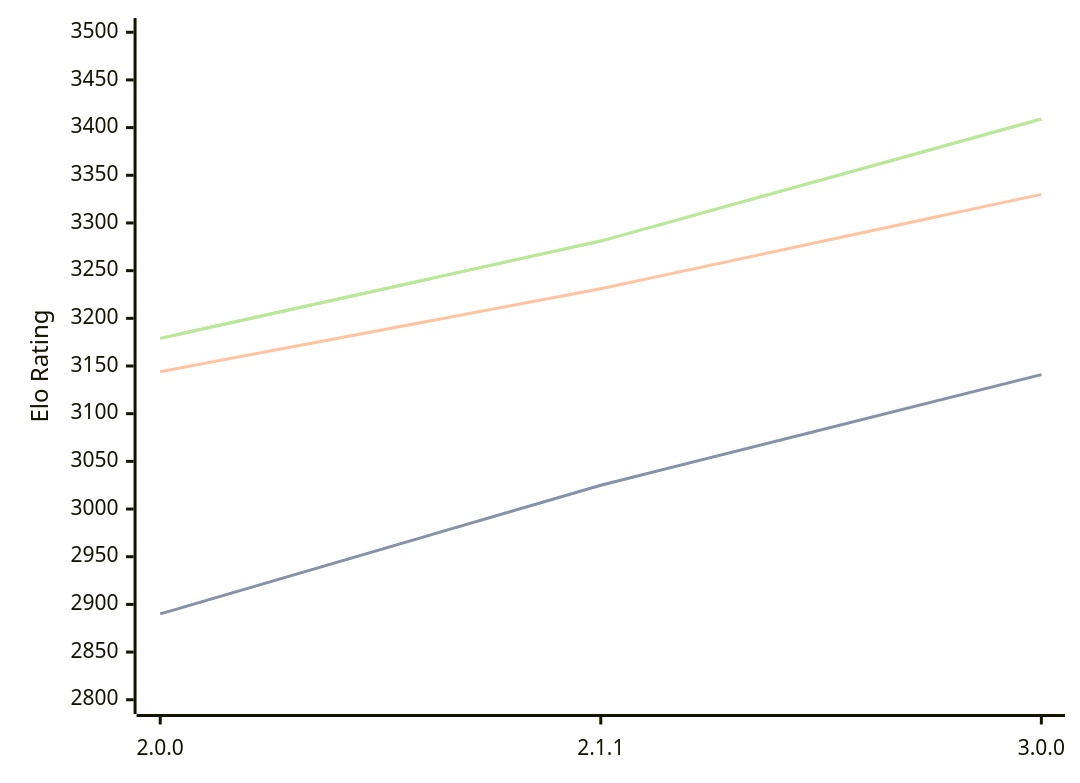
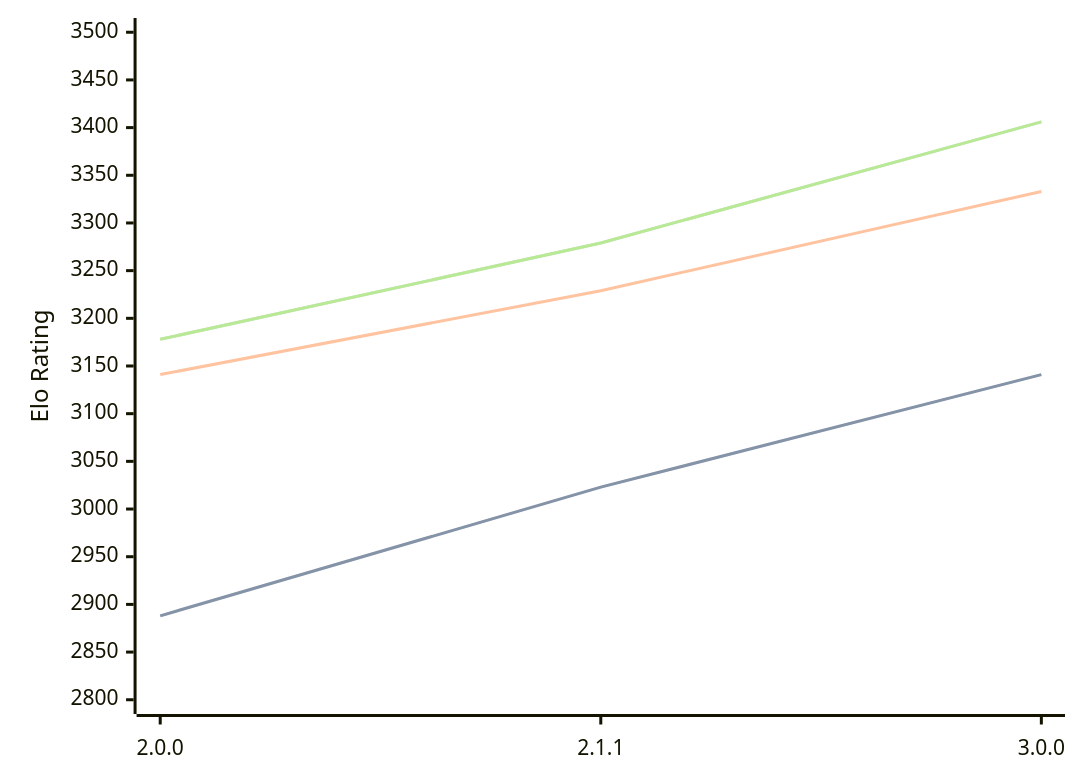
The diagram in engines/Bread.md (computer-chess-index/cci), drawn with Mermaid before and after one commit. The commit also changed other lines of this file, not shown here.

Commit message:
Update CCI Ratings (ELO VLTC) - 2026-03-31

````diff
--- a/engines/Bread.md
+++ b/engines/Bread.md
@@ -51,11 +51,11 @@
 ```mermaid
 %%{init: {"theme":"base","themeVariables":{"seriesColors:['#a3a3a3','#222221','#faa371']}}}%%
 xychart-beta
   x-axis ["2.0.0", "2.1.1", "3.0.0"]
   y-axis "Elo Rating" 2800 --> 3500
-  line "STC (8.0+0.08s)" [2890, 3025, 3141]
-  line "STC (8.0+0.08s)" [2890, 3025, 3141]
-  line "LTC (60.0+0.60s)" [3144, 3231, 3330]
-  line "VLTC (2m24s+1.12s)" [3179, 3281, 3409]
-  line "VLTC (2m24s+1.12s)" [3179, 3281, 3409]
+  line "STC (8.0+0.08s)" [2888, 3023, 3141]
+  line "STC (8.0+0.08s)" [2888, 3023, 3141]
+  line "LTC (60.0+0.60s)" [3141, 3229, 3333]
+  line "VLTC (2m24s+1.12s)" [3178, 3279, 3406]
+  line "VLTC (2m24s+1.12s)" [3178, 3279, 3406]
 ```
````
